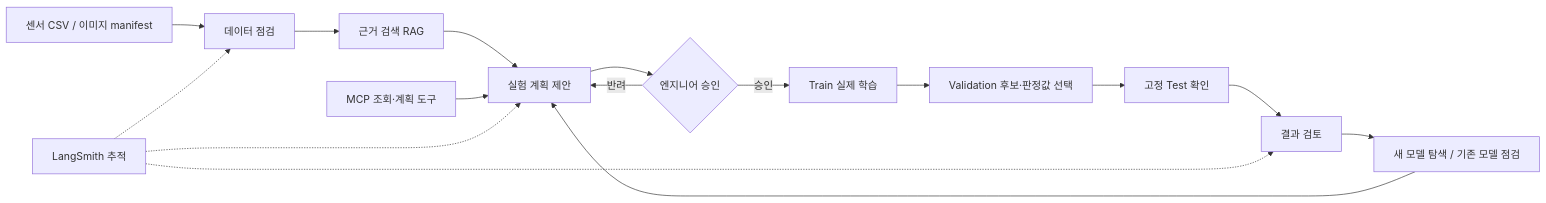
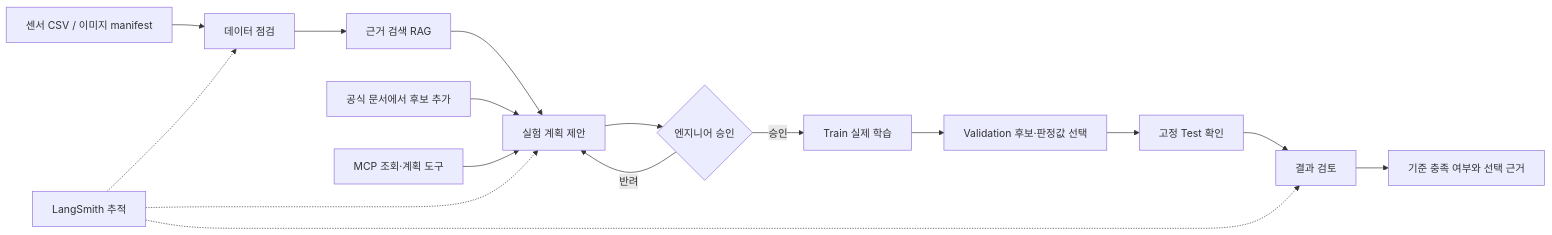
The diagram in docs/REPORT.md (dragonchan95/Semiconductor-AI-Agent), drawn with Mermaid before and after one commit. The commit also changed other lines of this file and 39 other files, not shown here.

````diff
--- a/docs/REPORT.md
+++ b/docs/REPORT.md
@@ -294,18 +294,18 @@
 ```mermaid
 flowchart LR
     A[센서 CSV / 이미지 manifest] --> B[데이터 점검]
     B --> C[근거 검색 RAG]
     C --> D[실험 계획 제안]
     D --> E{엔지니어 승인}
     E -->|승인| F[Train 실제 학습]
     E -->|반려| D
     F --> G[Validation 후보·판정값 선택]
     G --> H[고정 Test 확인]
     H --> I[결과 검토]
-    I --> J[새 모델 탐색 / 기존 모델 점검]
-    J --> D
+    I --> J[기준 충족 여부와 선택 근거]
+    K2[공식 문서에서 후보 추가] --> D
     K[MCP 조회·계획 도구] --> D
     L[LangSmith 추적] -.-> B
     L -.-> D
     L -.-> I
 ```
````
